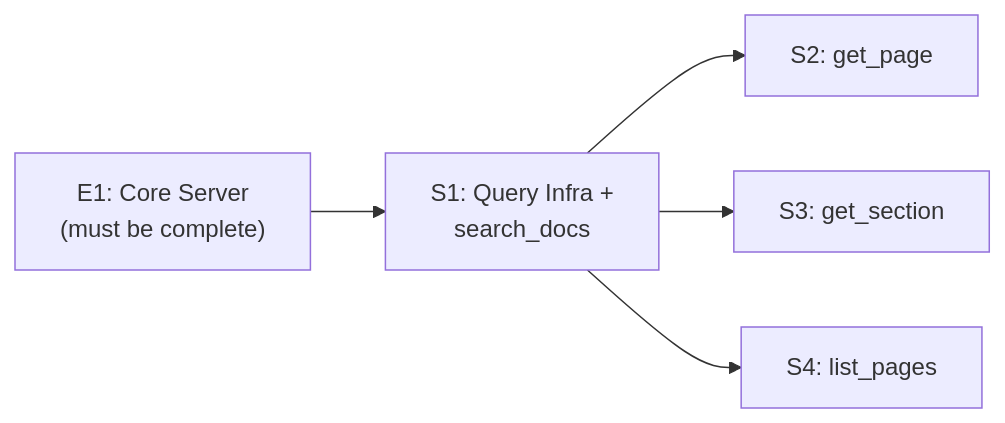
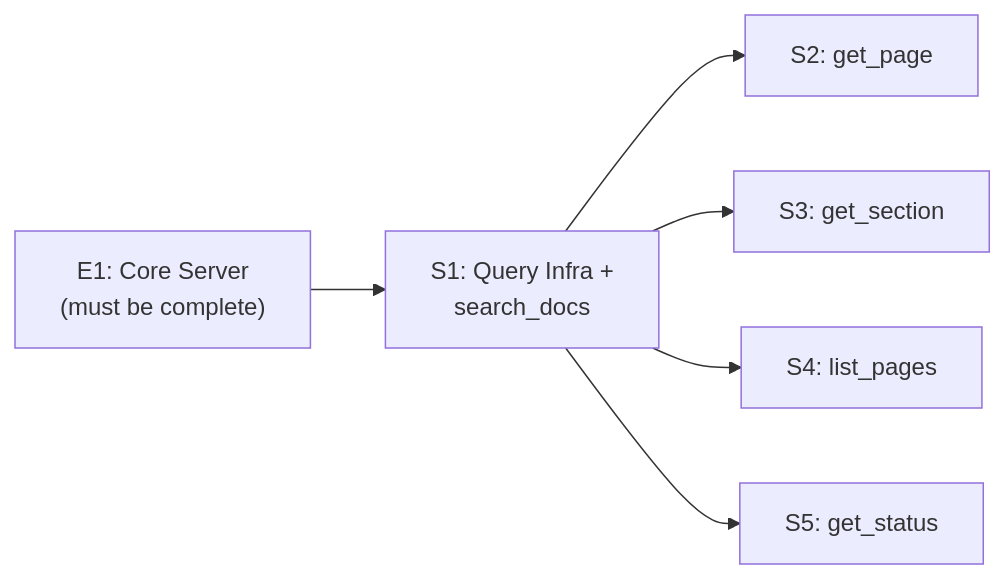
Before and after one commit to danhannah94/csdlc-docs: the diagram in docs/projects/anvil/epics/mcp-tools.md, drawn with Mermaid. The commit also changed other lines of this file and 2 other files, not shown here.

First line of the commit message:
Add get_status tool, dogfood tests, npm org prereq, v2 metadata query note

````diff
--- a/docs/projects/anvil/epics/mcp-tools.md
+++ b/docs/projects/anvil/epics/mcp-tools.md
@@ -386,7 +458,8 @@
 ```mermaid
 graph LR
     E1["E1: Core Server<br/>(must be complete)"] --> S1["S1: Query Infra +<br/>search_docs"]
     S1 --> S2["S2: get_page"]
     S1 --> S3["S3: get_section"]
     S1 --> S4["S4: list_pages"]
+    S1 --> S5["S5: get_status"]
 ```
````
